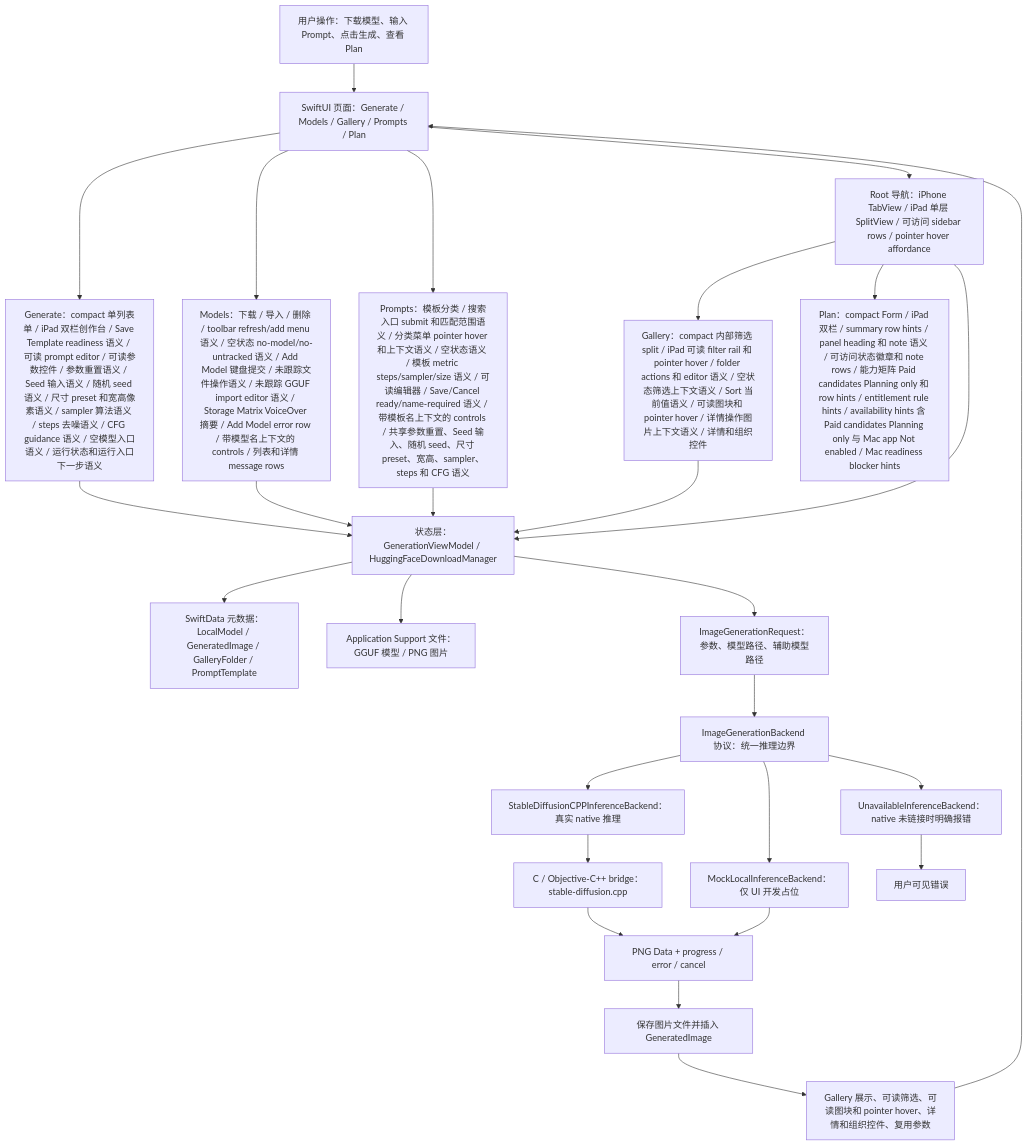
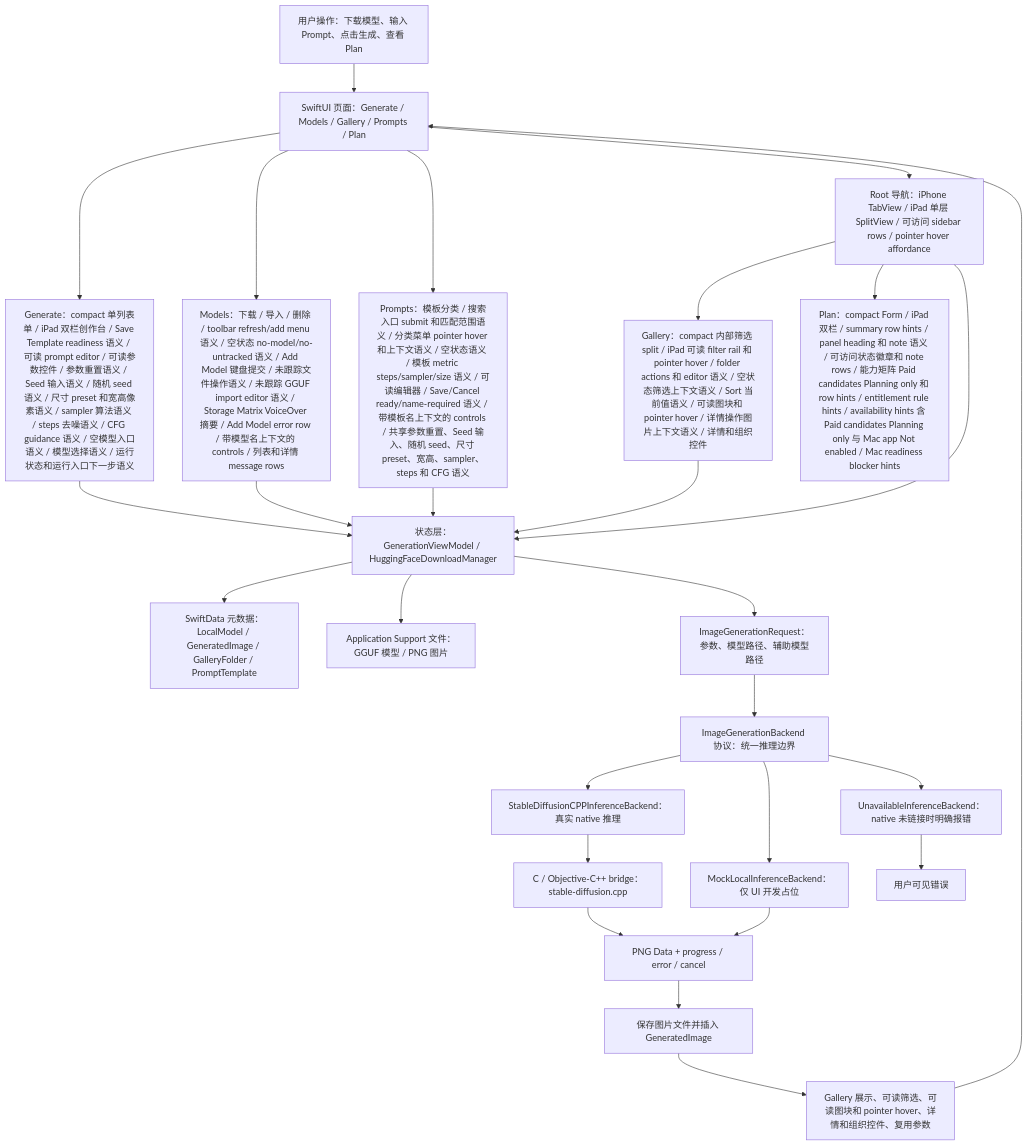
Before and after one commit to Altman-sam114/118: the first of 7 diagrams in md/flow/flowchart.md, drawn with Mermaid. The commit also changed 5 other files, not shown here.

````diff
--- a/md/flow/flowchart.md
+++ b/md/flow/flowchart.md
@@ -9,29 +9,29 @@
 ```mermaid
 flowchart TD
   U["用户操作：下载模型、输入 Prompt、点击生成、查看 Plan"] --> UI["SwiftUI 页面：Generate / Models / Gallery / Prompts / Plan"]
-  UI --> GENUI["Generate：compact 单列表单 / iPad 双栏创作台 / Save Template readiness 语义 / 可读 prompt editor / 可读参数控件 / 参数重置语义 / Seed 输入语义 / 随机 seed 语义 / 尺寸 preset 和宽高像素语义 / sampler 算法语义 / steps 去噪语义 / CFG guidance 语义 / 空模型入口语义 / 运行状态和运行入口下一步语义"]
+  UI --> GENUI["Generate：compact 单列表单 / iPad 双栏创作台 / Save Template readiness 语义 / 可读 prompt editor / 可读参数控件 / 参数重置语义 / Seed 输入语义 / 随机 seed 语义 / 尺寸 preset 和宽高像素语义 / sampler 算法语义 / steps 去噪语义 / CFG guidance 语义 / 空模型入口语义 / 模型选择语义 / 运行状态和运行入口下一步语义"]
   UI --> MODELUI["Models：下载 / 导入 / 删除 / toolbar refresh/add menu 语义 / 空状态 no-model/no-untracked 语义 / Add Model 键盘提交 / 未跟踪文件操作语义 / 未跟踪 GGUF import editor 语义 / Storage Matrix VoiceOver 摘要 / Add Model error row / 带模型名上下文的 controls / 列表和详情 message rows"]
   UI --> PROMPTUI["Prompts：模板分类 / 搜索入口 submit 和匹配范围语义 / 分类菜单 pointer hover 和上下文语义 / 空状态语义 / 模板 metric steps/sampler/size 语义 / 可读编辑器 / Save/Cancel ready/name-required 语义 / 带模板名上下文的 controls / 共享参数重置、Seed 输入、随机 seed、尺寸 preset、宽高、sampler、steps 和 CFG 语义"]
   UI --> NAV["Root 导航：iPhone TabView / iPad 单层 SplitView / 可访问 sidebar rows / pointer hover affordance"]
   NAV --> GALUI["Gallery：compact 内部筛选 split / iPad 可读 filter rail 和 pointer hover / folder actions 和 editor 语义 / 空状态筛选上下文语义 / Sort 当前值语义 / 可读图块和 pointer hover / 详情操作图片上下文语义 / 详情和组织控件"]
   NAV --> PLANUI["Plan：compact Form / iPad 双栏 / summary row hints / panel heading 和 note 语义 / 可访问状态徽章和 note rows / 能力矩阵 Paid candidates Planning only 和 row hints / entitlement rule hints / availability hints 含 Paid candidates Planning only 与 Mac app Not enabled / Mac readiness blocker hints"]
   NAV --> VM["状态层：GenerationViewModel / HuggingFaceDownloadManager"]
   GENUI --> VM
   MODELUI --> VM
   PROMPTUI --> VM
   GALUI --> VM
   VM --> SD["SwiftData 元数据：LocalModel / GeneratedImage / GalleryFolder / PromptTemplate"]
   VM --> FS["Application Support 文件：GGUF 模型 / PNG 图片"]
   VM --> REQ["ImageGenerationRequest：参数、模型路径、辅助模型路径"]
   REQ --> IFACE["ImageGenerationBackend 协议：统一推理边界"]
   IFACE --> NATIVE["StableDiffusionCPPInferenceBackend：真实 native 推理"]
   IFACE --> MOCK["MockLocalInferenceBackend：仅 UI 开发占位"]
   IFACE --> OFF["UnavailableInferenceBackend：native 未链接时明确报错"]
   NATIVE --> BRIDGE["C / Objective-C++ bridge：stable-diffusion.cpp"]
   BRIDGE --> PNG["PNG Data + progress / error / cancel"]
   MOCK --> PNG
   OFF --> ERR["用户可见错误"]
   PNG --> SAVE["保存图片文件并插入 GeneratedImage"]
   SAVE --> GALLERY["Gallery 展示、可读筛选、可读图块和 pointer hover、详情和组织控件、复用参数"]
   GALLERY --> UI
 ```
````
